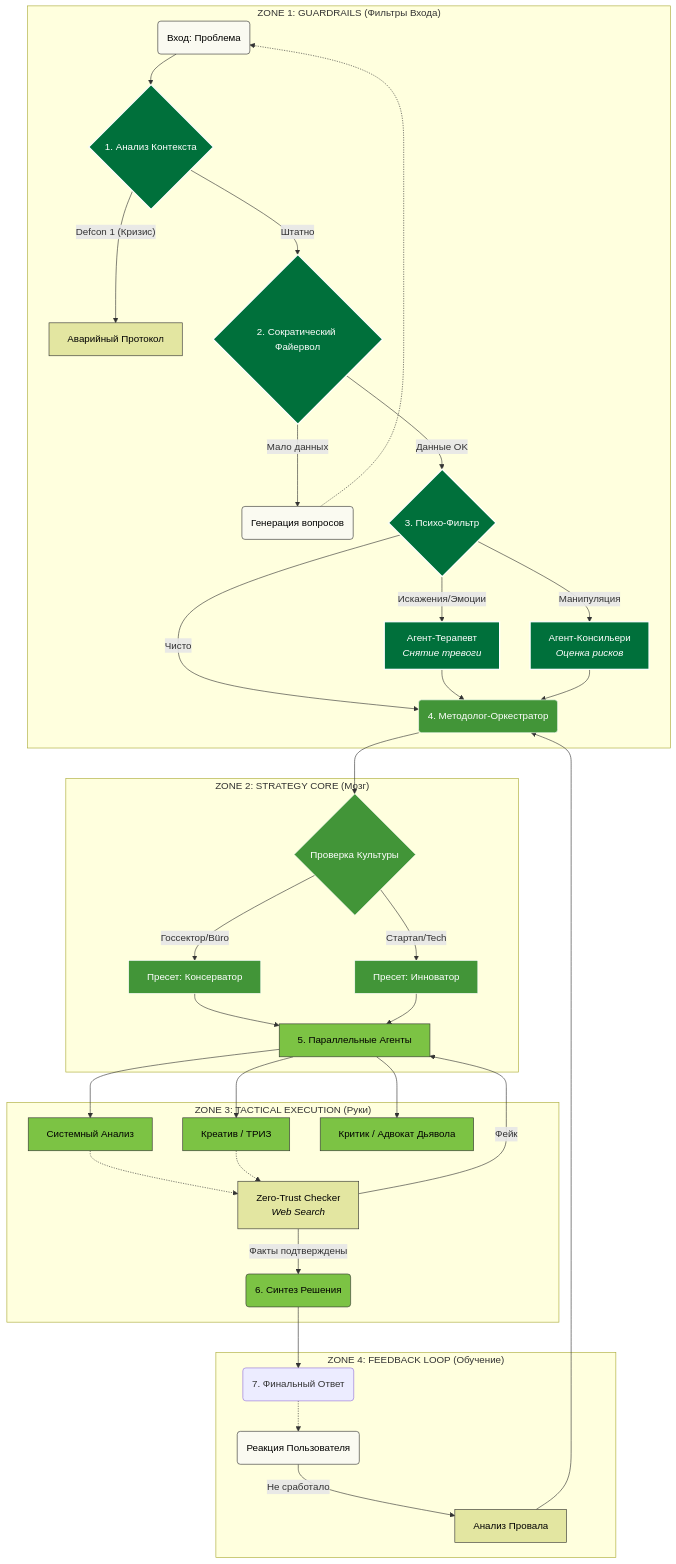
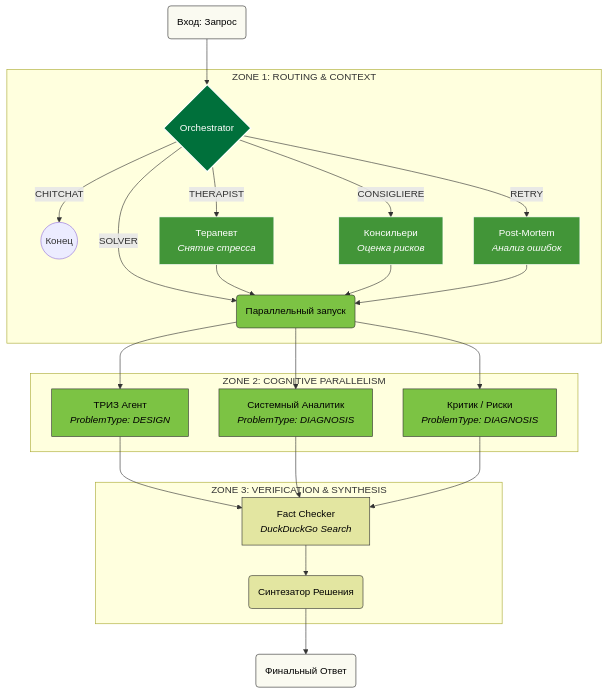
Before and after one commit to Sin7009/Epistemic_Engine: the diagram in README.md, drawn with Mermaid. The commit also changed other lines of this file, not shown here.

`````diff
--- a/README.md
+++ b/README.md
@@ -17,66 +17,42 @@
 ```mermaid
 graph TD
-    %% Палитра (Sberbank approximates)
+    %% Палитра Sberbank (User Style)
     classDef input fill:#FAFAF1,stroke:#333,stroke-width:1px,color:#000;
-    classDef guard fill:#00703B,stroke:#fff,stroke-width:2px,color:#fff; 
-    classDef strategy fill:#429538,stroke:#fff,stroke-width:1px,color:#fff;
-    classDef tactic fill:#7CC344,stroke:#333,stroke-width:1px,color:#000;
-    classDef feedback fill:#E3E6A1,stroke:#333,stroke-width:1px,color:#000;
+    classDef orchestrator fill:#00703B,stroke:#fff,stroke-width:2px,color:#fff; 
+    classDef support fill:#429538,stroke:#fff,stroke-width:1px,color:#fff;
+    classDef solvers fill:#7CC344,stroke:#333,stroke-width:1px,color:#000;
+    classDef synthesis fill:#E3E6A1,stroke:#333,stroke-width:1px,color:#000;
 
-    User(Вход: Проблема) --> ContextUnit{1. Анализ Контекста}
+    User(Вход: Запрос) --> Orch{Orchestrator}
 
-    subgraph "ZONE 1: GUARDRAILS (Фильтры Входа)"
-        ContextUnit -- "Defcon 1 (Кризис)" --> Emergency[Аварийный Протокол]
-        ContextUnit -- "Штатно" --> SocraticFW{2. Сократический Файервол}
+    subgraph "ZONE 1: ROUTING & CONTEXT"
+        Orch -- "CHITCHAT" --> End((Конец))
+        Orch -- "SOLVER" --> Solvers
+        Orch -- "THERAPIST" --> Therapist[Терапевт<br><i>Снятие стресса</i>]
+        Orch -- "CONSIGLIERE" --> Consig[Консильери<br><i>Оценка рисков</i>]
+        Orch -- "RETRY" --> PostMortem[Post-Mortem<br><i>Анализ ошибок</i>]
         
-        SocraticFW -- "Мало данных" --> QuestionGen(Генерация вопросов)
-        QuestionGen -.-> User
-        
-        SocraticFW -- "Данные OK" --> BiasFilter{3. Психо-Фильтр}
-        
-        BiasFilter -- "Искажения/Эмоции" --> Therapist[Агент-Терапевт<br><i>Снятие тревоги</i>]
-        BiasFilter -- "Манипуляция" --> Consigliere[Агент-Консильери<br><i>Оценка рисков</i>]
-        BiasFilter -- "Чисто" --> Strategist
+        Therapist --> Solvers
+        Consig --> Solvers
+        PostMortem --> Solvers
     end
 
-    Therapist --> Strategist
-    Consigliere --> Strategist
-
-    subgraph "ZONE 2: STRATEGY CORE (Мозг)"
-        Strategist(4. Методолог-Оркестратор) --> CultureCheck{Проверка Культуры}
-        CultureCheck -- "Госсектор/Büro" --> SetRigid[Пресет: Консерватор]
-        CultureCheck -- "Стартап/Tech" --> SetAgile[Пресет: Инноватор]
-        
-        SetRigid --> ParallelOps
-        SetAgile --> ParallelOps
+    subgraph "ZONE 2: COGNITIVE PARALLELISM"
+        Solvers(Параллельный запуск) --> Triz[ТРИЗ Агент<br><i>ProblemType: DESIGN</i>]
+        Solvers --> Sys[Системный Аналитик<br><i>ProblemType: DIAGNOSIS</i>]
+        Solvers --> Crit[Критик / Риски<br><i>ProblemType: DIAGNOSIS</i>]
     end
 
-    subgraph "ZONE 3: TACTICAL EXECUTION (Руки)"
-        ParallelOps[5. Параллельные Агенты] 
-        
-        ParallelOps --> Ag_Sys[Системный Анализ]
-        ParallelOps --> Ag_Cre[Креатив / ТРИЗ]
-        ParallelOps --> Ag_Crit[Критик / Адвокат Дьявола]
-        
-        Ag_Sys -.-> FactCheck[Zero-Trust Checker<br><i>Web Search</i>]
-        Ag_Cre -.-> FactCheck
-        
-        FactCheck -- "Факты подтверждены" --> Synthesizer(6. Синтез Решения)
-        FactCheck -- "Фейк" --> ParallelOps
+    subgraph "ZONE 3: VERIFICATION & SYNTHESIS"
+        Triz & Sys & Crit --> FactCheck[Fact Checker<br><i>DuckDuckGo Search</i>]
+        FactCheck --> Synthesizer(Синтезатор Решения)
     end
 
-    Synthesizer --> Output(7. Финальный Ответ)
+    Synthesizer --> Output(Финальный Ответ)
 
-    subgraph "ZONE 4: FEEDBACK LOOP (Обучение)"
-        Output -.-> UserFeedback(Реакция Пользователя)
-        UserFeedback -- "Не сработало" --> PostMortem[Анализ Провала]
-        PostMortem --> Strategist
-    end
-
-    class User,QuestionGen,UserFeedback input;
-    class ContextUnit,SocraticFW,BiasFilter,Therapist,Consigliere guard;
-    class Strategist,CultureCheck,SetRigid,SetAgile strategy;
-    class ParallelOps,Ag_Sys,Ag_Cre,Ag_Crit,Synthesizer tactic;
-    class Emergency,FactCheck,PostMortem feedback;
-
-```
+    class User,Output input;
+    class Orch orchestrator;
+    class Therapist,Consig,PostMortem support;
+    class Triz,Sys,Crit,Solvers solvers;
+    class FactCheck,Synthesizer synthesis;
+````
`````
